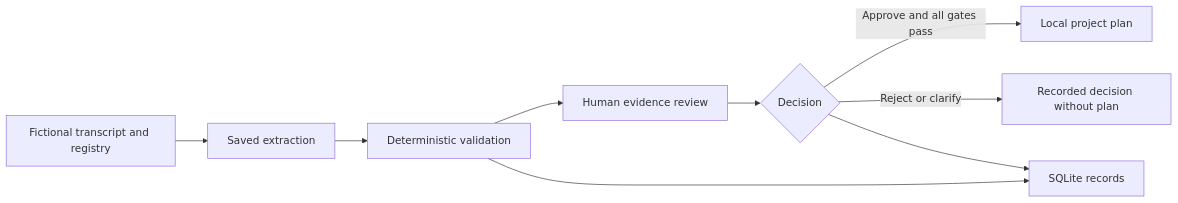
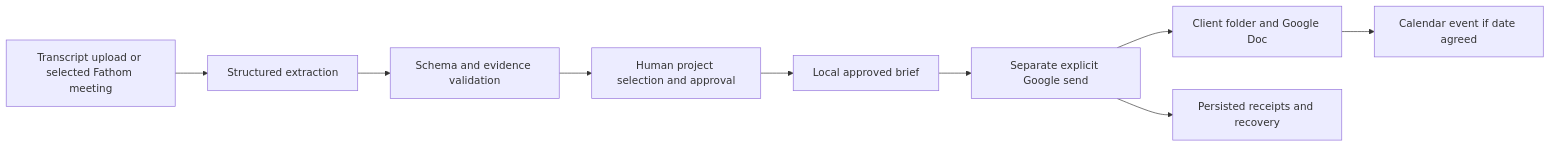
One commit to FelipeLuz5/Demos changed the diagram in README.md. Above: the diagram before and after it, drawn with Mermaid. The commit also changed other lines of this file and 51 other files, not shown here.

First line of the commit message:
Update recruiter demo to current project-brief workflow

````diff
--- a/README.md
+++ b/README.md
@@ -40,11 +51,11 @@
 ```mermaid
 flowchart LR
-    A[Fictional transcript and registry] --> B[Saved extraction]
-    B --> C[Deterministic validation]
-    C --> D[Human evidence review]
-    D --> E{Decision}
-    E -->|Approve and all gates pass| F[Local project plan]
-    E -->|Reject or clarify| G[Recorded decision without plan]
-    C --> H[SQLite records]
-    E --> H
+    A[Transcript upload or selected Fathom meeting] --> B[Structured extraction]
+    B --> C[Schema and evidence validation]
+    C --> D[Human project selection and approval]
+    D --> E[Local approved brief]
+    E --> F[Separate explicit Google send]
+    F --> G[Client folder and Google Doc]
+    G --> H[Calendar event if date agreed]
+    F --> I[Persisted receipts and recovery]
 ```
````
